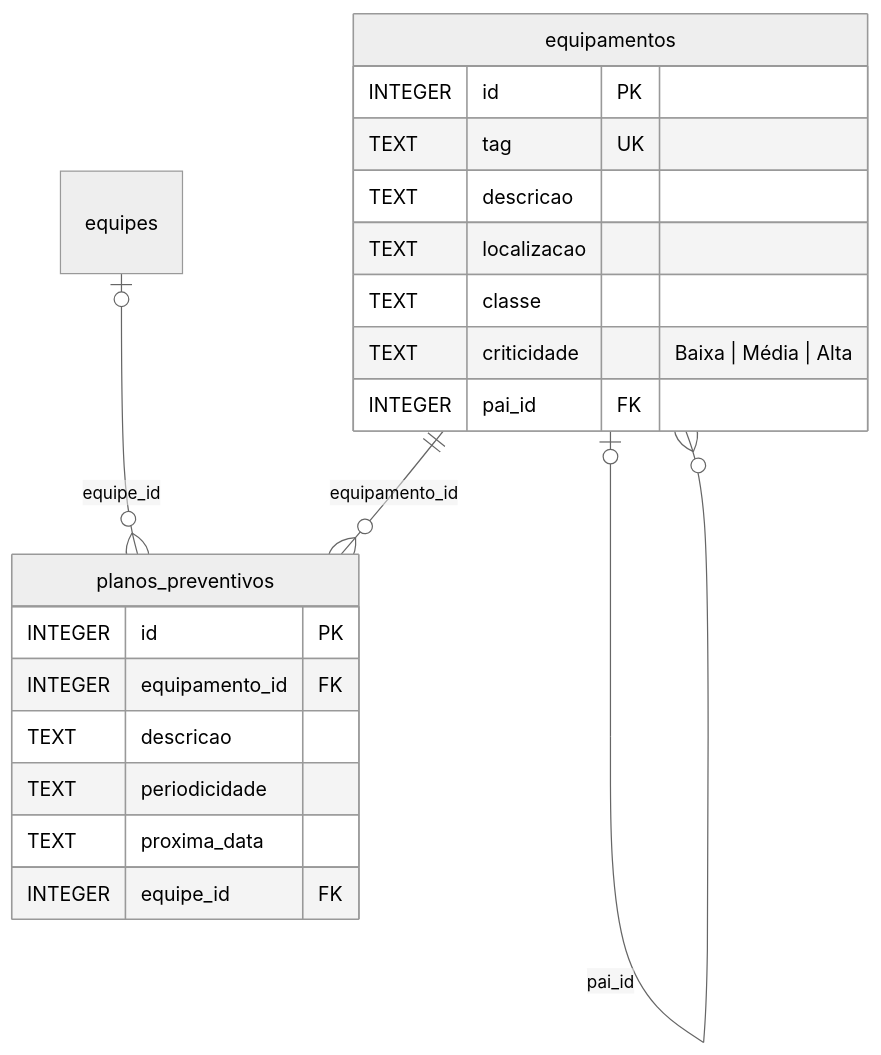
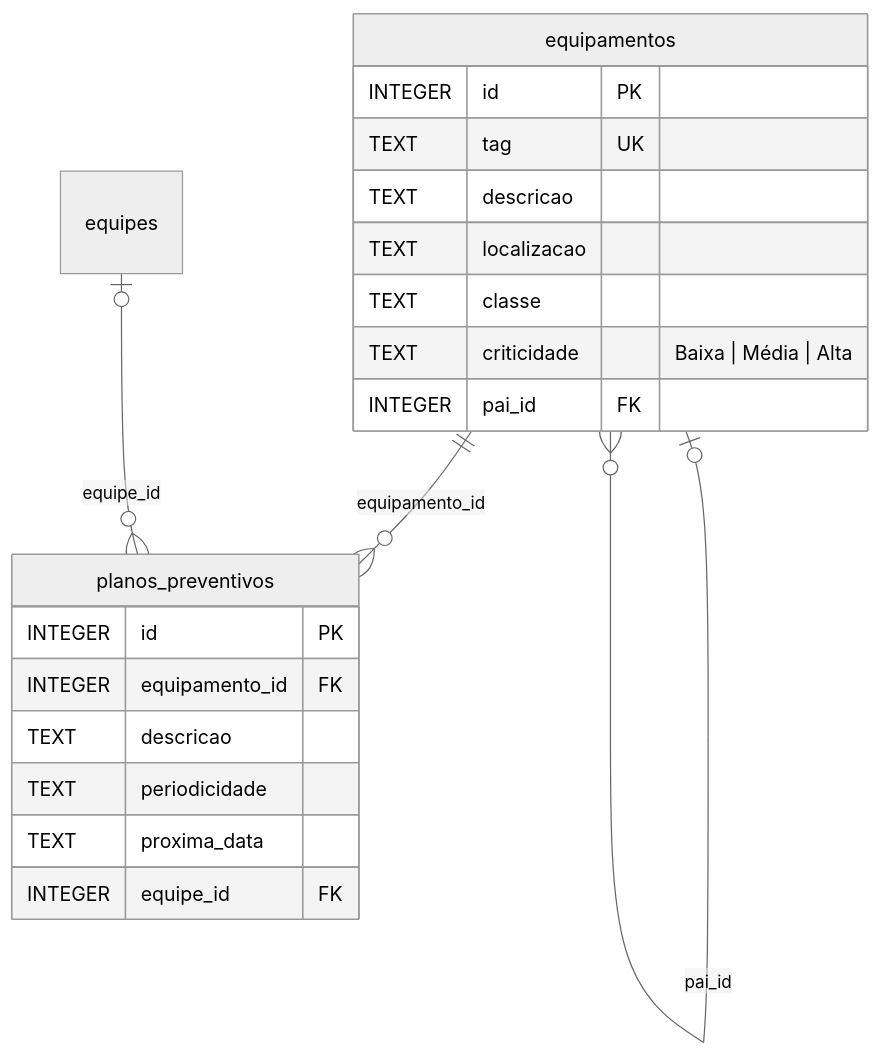
The third of 8 diagrams in docs/banco-de-dados.md (stephanyserri-senai/sigma-ccm-v3), drawn with Mermaid (neutral theme) before and after one commit. The commit also changed other lines of this file and 105 other files, not shown here.

````diff
--- a/docs/banco-de-dados.md
+++ b/docs/banco-de-dados.md
@@ -181,23 +181,23 @@
 ```mermaid
 erDiagram
   equipamentos {
     INTEGER id PK
     TEXT tag UK
     TEXT descricao
     TEXT localizacao
     TEXT classe
     TEXT criticidade "Baixa | Média | Alta"
     INTEGER pai_id FK
   }
   planos_preventivos {
     INTEGER id PK
     INTEGER equipamento_id FK
     TEXT descricao
     TEXT periodicidade
     TEXT proxima_data
     INTEGER equipe_id FK
   }
   equipamentos o|--o{ equipamentos : "pai_id"
+  equipamentos ||--o{ planos_preventivos : "equipamento_id"
   equipes o|--o{ planos_preventivos : "equipe_id"
-  equipamentos ||--o{ planos_preventivos : "equipamento_id"
 ```
````
